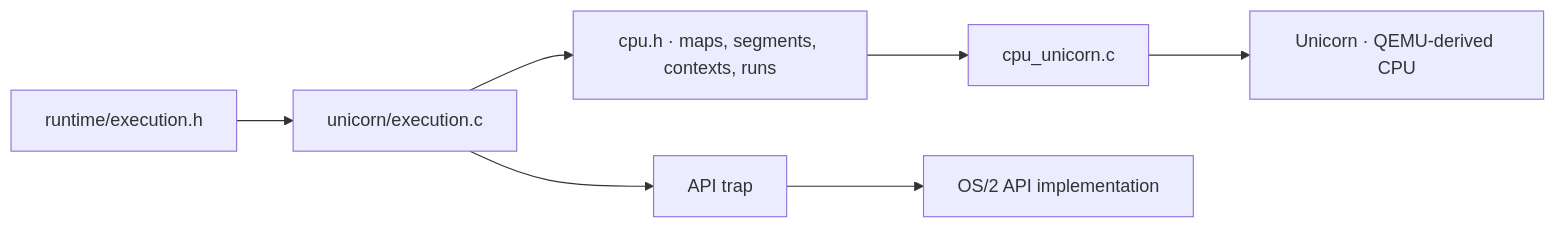
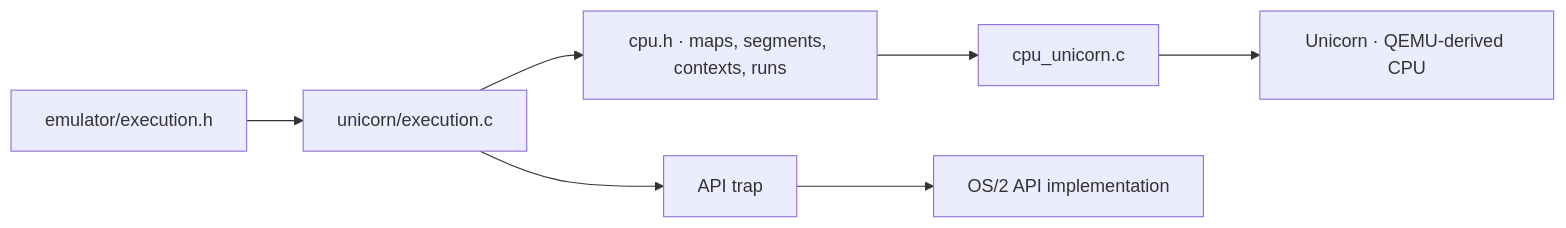
One commit to bitwisecook/2ine changed the diagram in docs/emulation.md. Above: the diagram before and after it, drawn with Mermaid. The commit also changed 23 other files, not shown here.

First line of the commit message:
Move execution dispatch to emulator/execution/core

````diff
--- a/docs/emulation.md
+++ b/docs/emulation.md
@@ -8,7 +8,7 @@
 ```mermaid
 flowchart LR
-    Exec["runtime/execution.h"] --> Process["unicorn/execution.c"]
+    Exec["emulator/execution.h"] --> Process["unicorn/execution.c"]
     Process --> CPU["cpu.h · maps, segments, contexts, runs"]
     CPU --> Adapter["cpu_unicorn.c"] --> Unicorn["Unicorn · QEMU-derived CPU"]
     Process --> Trap["API trap"] --> OS2["OS/2 API implementation"]
 ```
````
